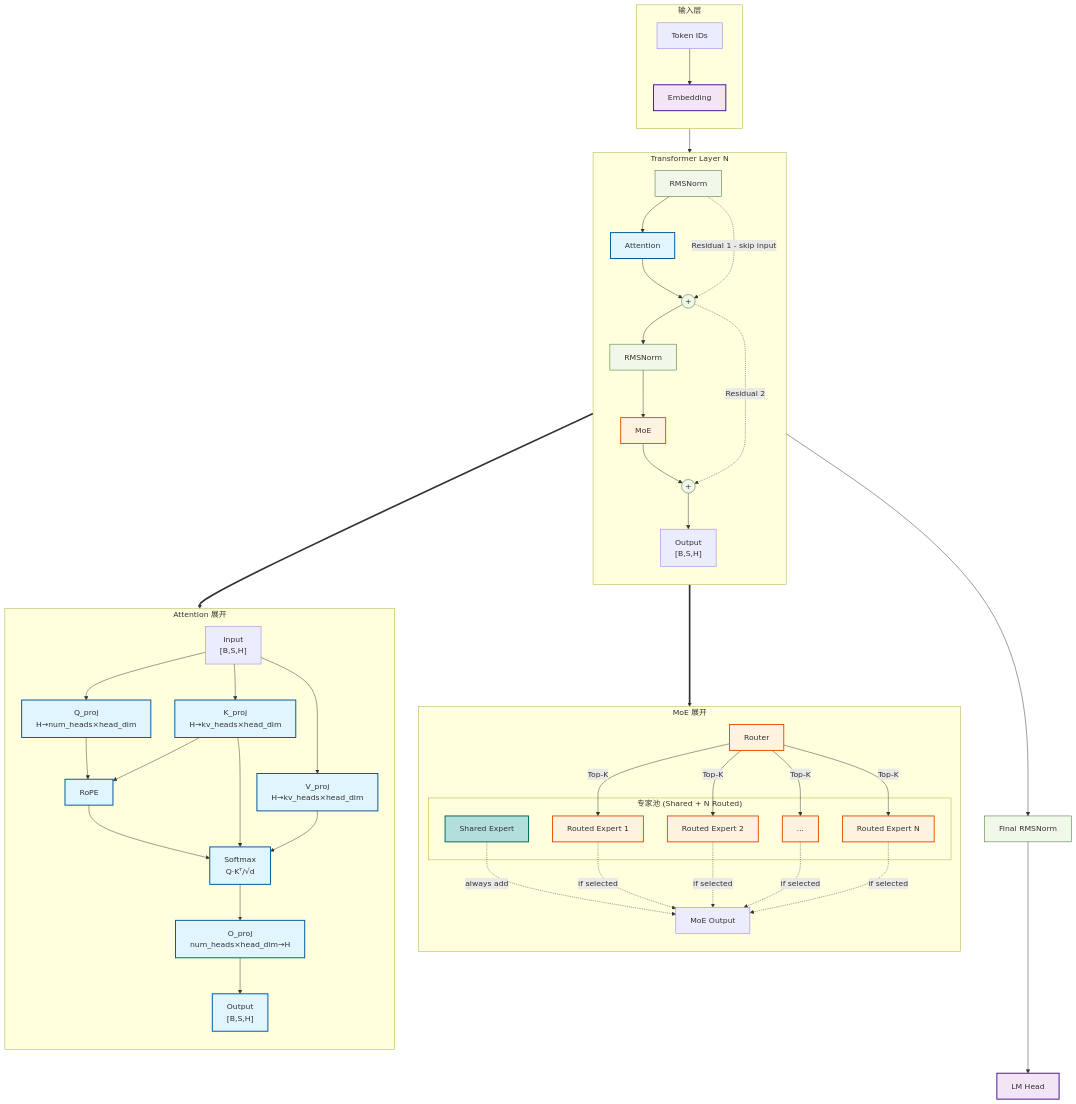
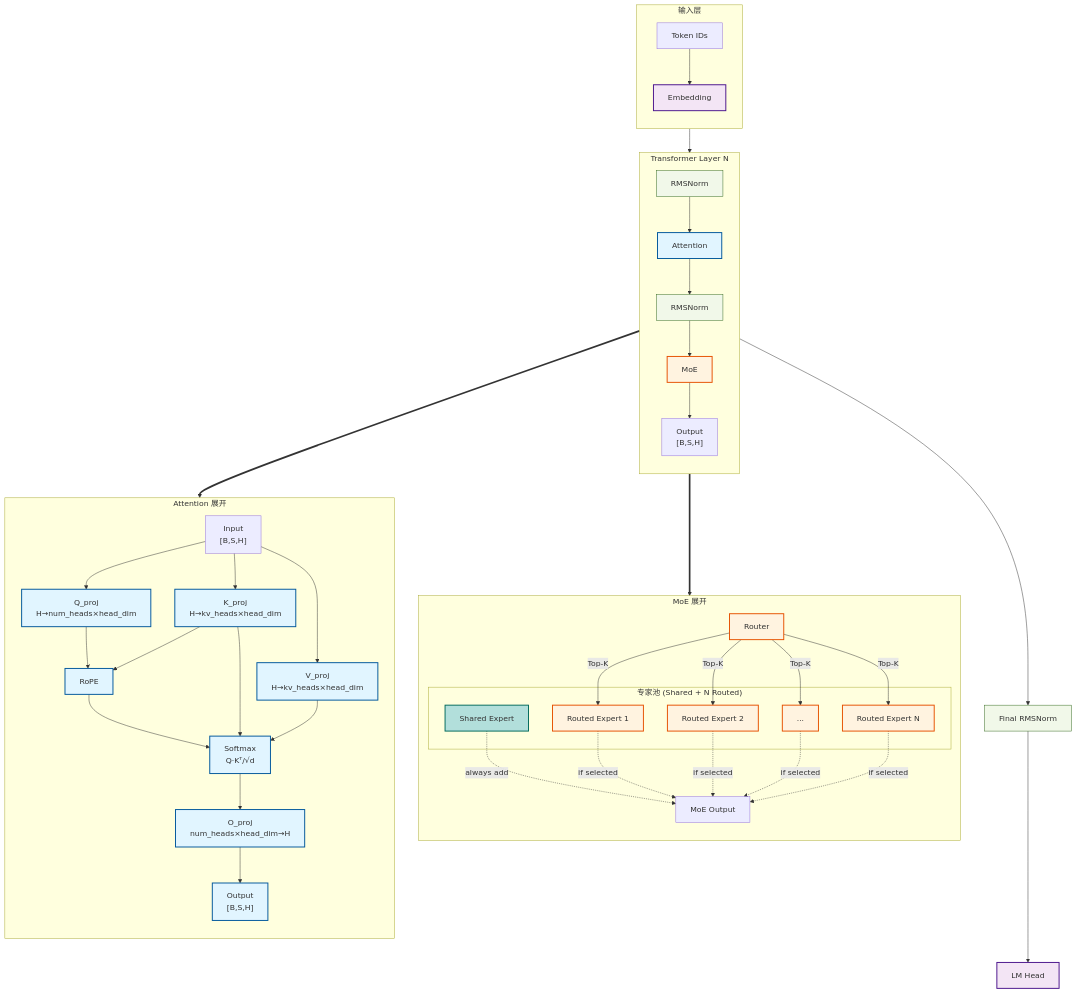
Before and after one commit to kevinoldching/agent-skills: the first of 2 diagrams in llm_arch_generator/SKILL.md, drawn with Mermaid. The commit also changed other lines of this file, not shown here.

Commit message:
fix(SKILL.md): simplify Layer placeholder - remove Add nodes and residual arrows
- Remove add1, add2 and residual dashed arrows from Level 2 template
- Layer placeholder now: ln1 --> attn --> ln2 --> ffn --> Layer_Out
- Remove residual connection description (lines 177-178)
- Remove residual detection from Step 3
- Remove residual from Level 1/2 required elements
- Rename "Residual | dashed" to "Aggregation -.->" in color conventions

```diff
--- a/llm_arch_generator/SKILL.md
+++ b/llm_arch_generator/SKILL.md
@@ -222,20 +217,9 @@
         direction TB
 
         ln1["RMSNorm"]:::norm --> attn_module["Attention"]:::attention
-
-        attn_module --> add1((+)):::norm
-        %% Residual 1：来自输入
-        ln1 -.-> |Residual 1 - skip input| add1
-
-        add1 --> ln2["RMSNorm"]:::norm
+        attn_module --> ln2["RMSNorm"]:::norm
         ln2 --> moe_module["MoE"]:::moe
-
-        moe_module --> add2((+)):::norm
-        %% Residual 2：来自 attention 输出
-        add1 -.-> |Residual 2| add2
-
-        %% 层输出节点
-        add2 --> Layer_Out["Output<br/>[B,S,H]"]
+        moe_module --> Layer_Out["Output<br/>[B,S,H]"]
     end
 
     %% === MoE 展开（顶层子图） ===
```
